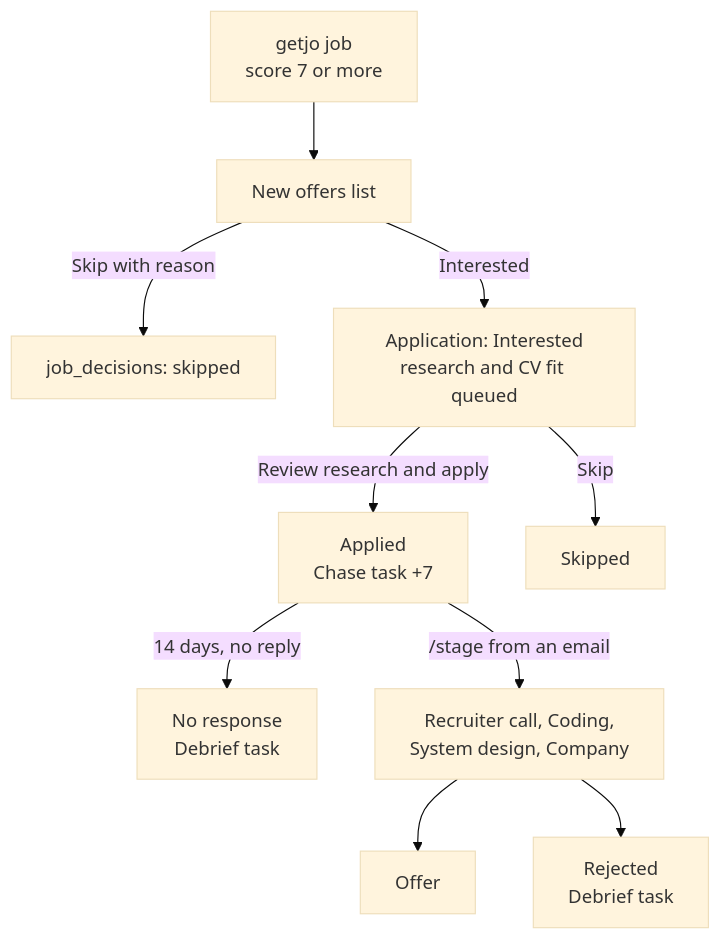
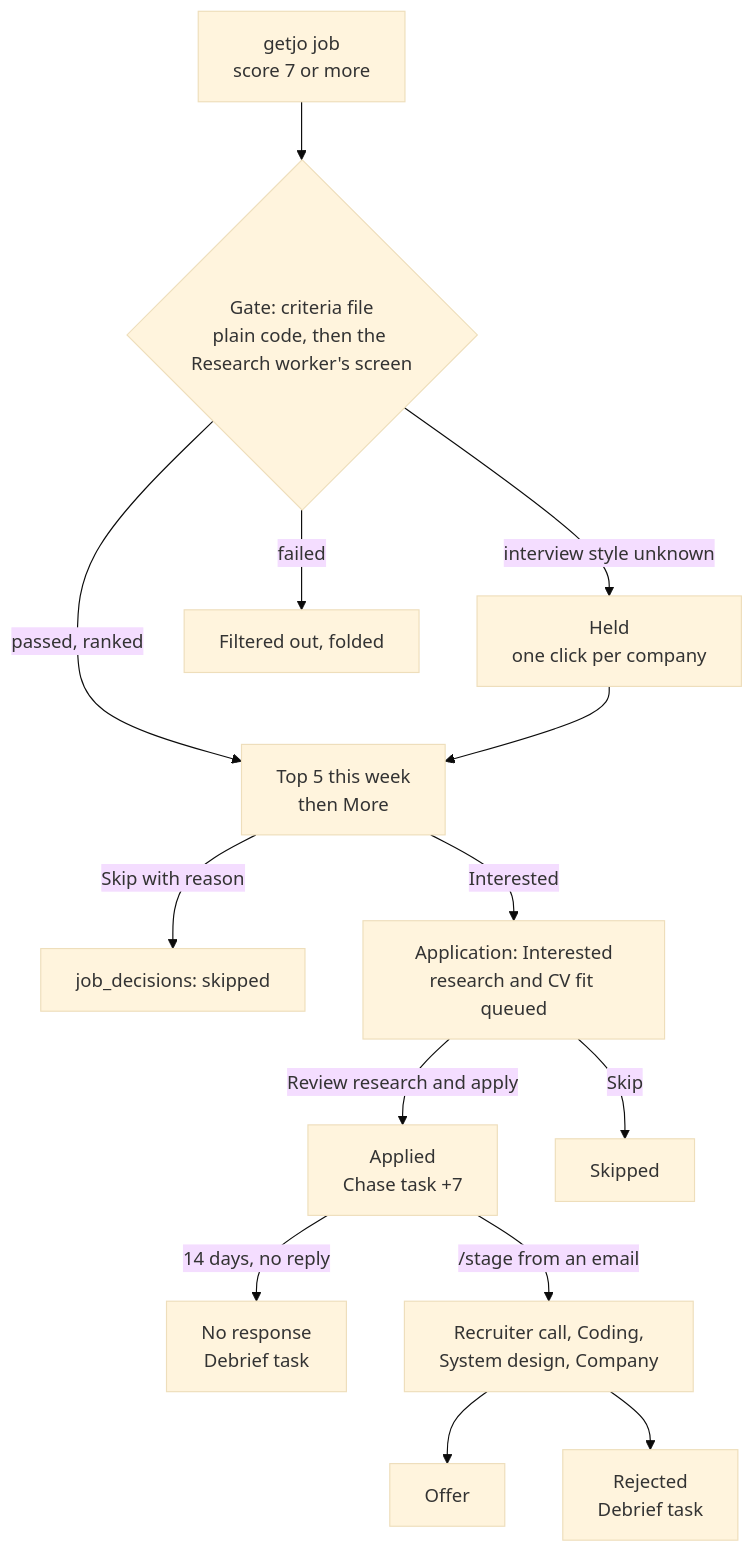
One commit to Pavlana/hirey changed the second of 10 diagrams in docs/how-it-works.md. Above: the diagram before and after it, drawn with Mermaid (base theme). The commit also changed other lines of this file and 28 other files, not shown here.

First line of the commit message:
Top 5 a week: getjo jobs gated by the criteria file and ranked by fit (#60)

````diff
--- a/docs/how-it-works.md
+++ b/docs/how-it-works.md
@@ -110,12 +111,16 @@
 ```mermaid
 flowchart TD
-    match["getjo job<br/>score 7 or more"] --> offers["New offers list"]
+    match["getjo job<br/>score 7 or more"] --> gate{"Gate: criteria file<br/>plain code, then the Research worker's screen"}
+    gate -->|"passed, ranked"| offers["Top 5 this week<br/>then More"]
+    gate -->|"interview style unknown"| held["Held<br/>one click per company"]
+    gate -->|"failed"| filtered["Filtered out, folded"]
+    held --> offers
     offers -->|"Skip with reason"| skipped["job_decisions: skipped"]
     offers -->|"Interested"| interested["Application: Interested<br/>research and CV fit queued"]
     interested -->|"Review research and apply"| applied["Applied<br/>Chase task +7"]
     interested -->|"Skip"| closedskip["Skipped"]
     applied -->|"14 days, no reply"| noresp["No response<br/>Debrief task"]
     applied -->|"/stage from an email"| stages["Recruiter call, Coding,<br/>System design, Company"]
     stages --> offer["Offer"]
     stages --> rejected["Rejected<br/>Debrief task"]
 ```
````
